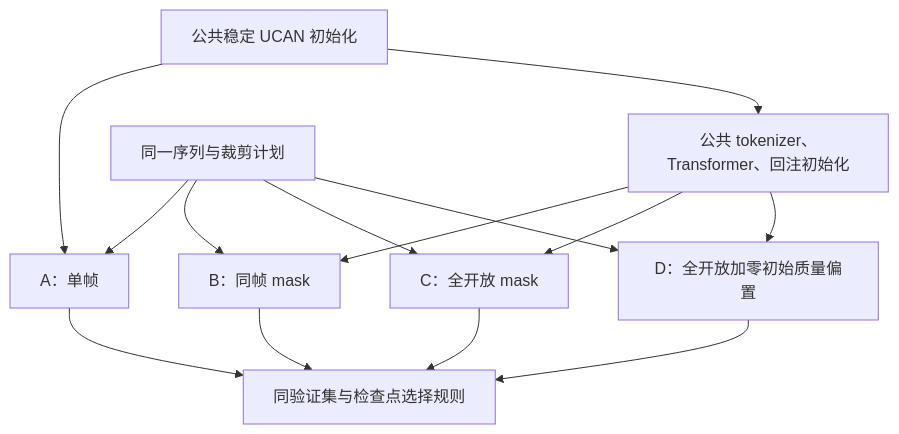
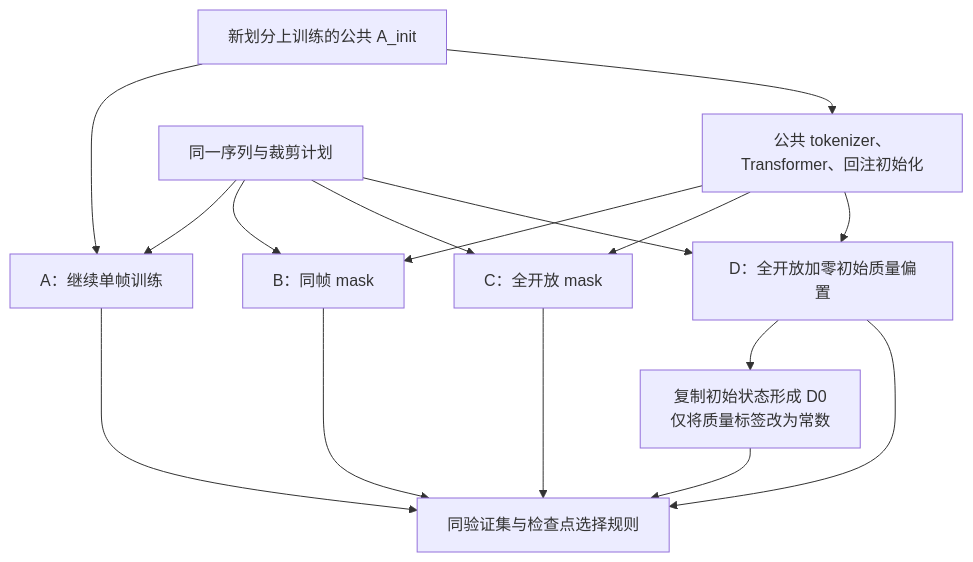
Diagram 13 of 17 in docs/跨帧Token交互实验指导书.md (deathend110/SAR_Sequence_Restore), drawn with Mermaid before and after one commit. The commit also changed other lines of this file and 1 other file, not shown here.

````diff
--- a/docs/跨帧Token交互实验指导书.md
+++ b/docs/跨帧Token交互实验指导书.md
@@ -474,16 +513,18 @@
 ```mermaid
 graph TD
-    INIT["公共稳定 UCAN 初始化"] --> A["A：单帧"]
+    INIT["新划分上训练的公共 A_init"] --> A["A：继续单帧训练"]
     INIT --> BC["公共 tokenizer、Transformer、回注初始化"]
     BC --> B["B：同帧 mask"]
     BC --> C["C：全开放 mask"]
     BC --> D["D：全开放加零初始质量偏置"]
+    D --> D0["复制初始状态形成 D0<br/>仅将质量标签改为常数"]
     S["同一序列与裁剪计划"] --> A
     S --> B
     S --> C
     S --> D
     A --> E["同验证集与检查点选择规则"]
     B --> E
     C --> E
     D --> E
+    D0 --> E
 ```
````
